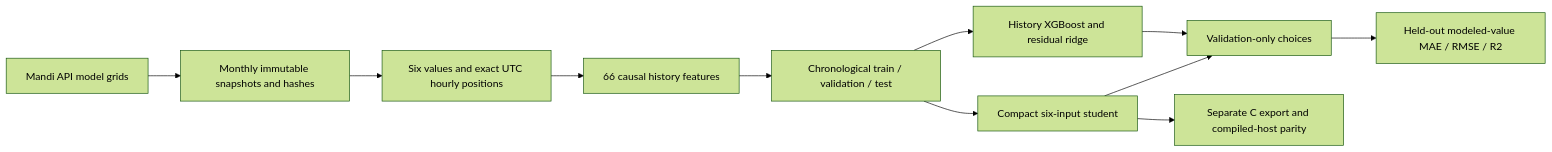
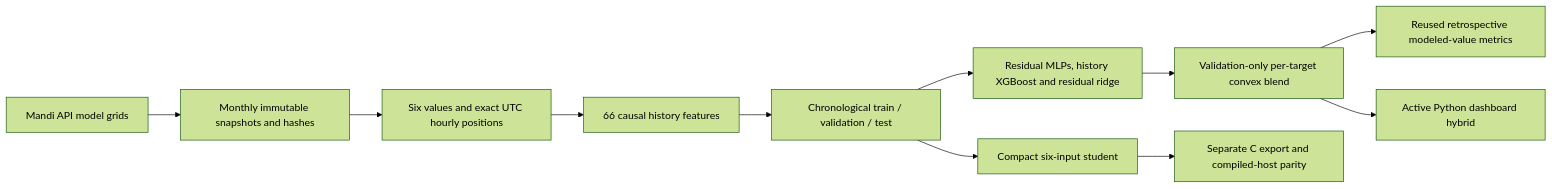
The first of 2 diagrams in docs/ARCHITECTURE.md (arywk40-hue/DP-IC-202-), drawn with Mermaid (forest theme) before and after one commit. The commit also changed other lines of this file and 30 other files, not shown here.

Commit message:
Activate Mandi neural hybrid in six-channel dashboard

````diff
--- a/docs/ARCHITECTURE.md
+++ b/docs/ARCHITECTURE.md
@@ -9,13 +9,13 @@
 ```mermaid
 flowchart LR
   A[Mandi API model grids] --> B[Monthly immutable snapshots and hashes]
   B --> C[Six values and exact UTC hourly positions]
   C --> D[66 causal history features]
   D --> E[Chronological train / validation / test]
-  E --> F[History XGBoost and residual ridge]
+  E --> F[Residual MLPs, history XGBoost and residual ridge]
   E --> G[Compact six-input student]
-  F --> H[Validation-only choices]
-  G --> H
-  H --> I[Held-out modeled-value MAE / RMSE / R2]
+  F --> H[Validation-only per-target convex blend]
+  H --> I[Reused retrospective modeled-value metrics]
+  H --> K[Active Python dashboard hybrid]
   G --> J[Separate C export and compiled-host parity]
 ```
````
